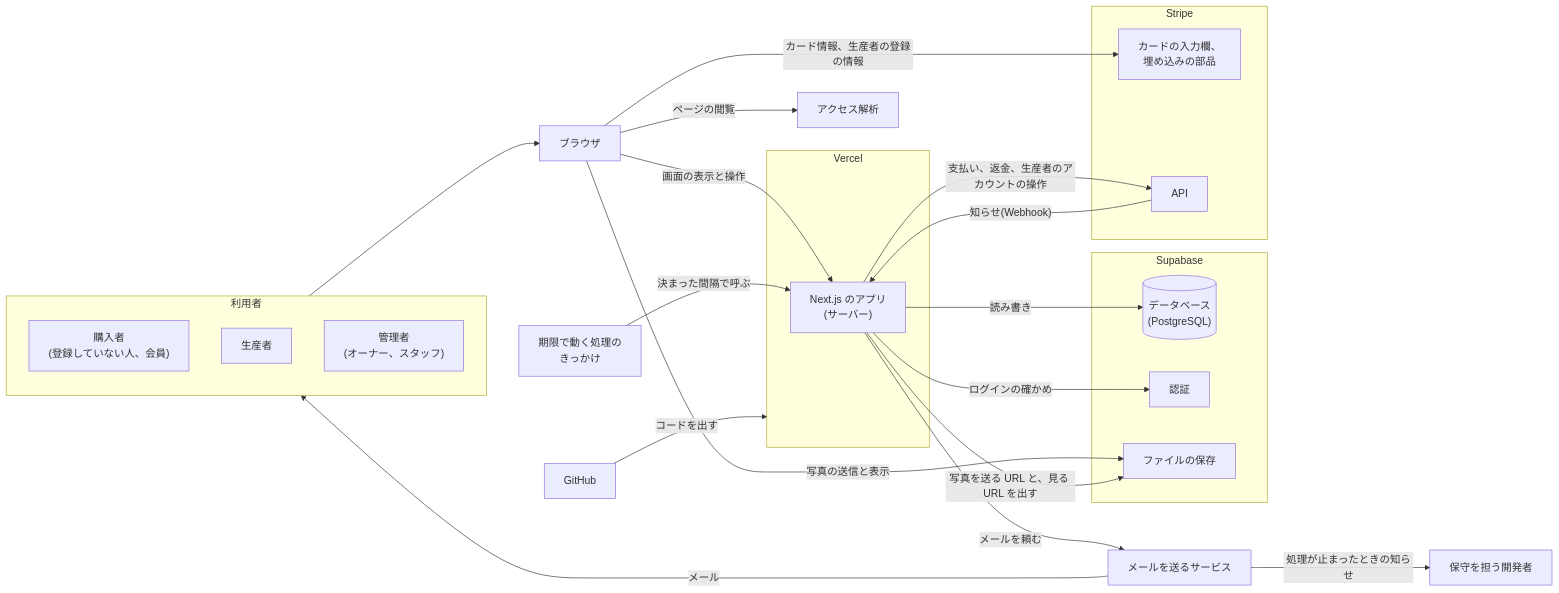
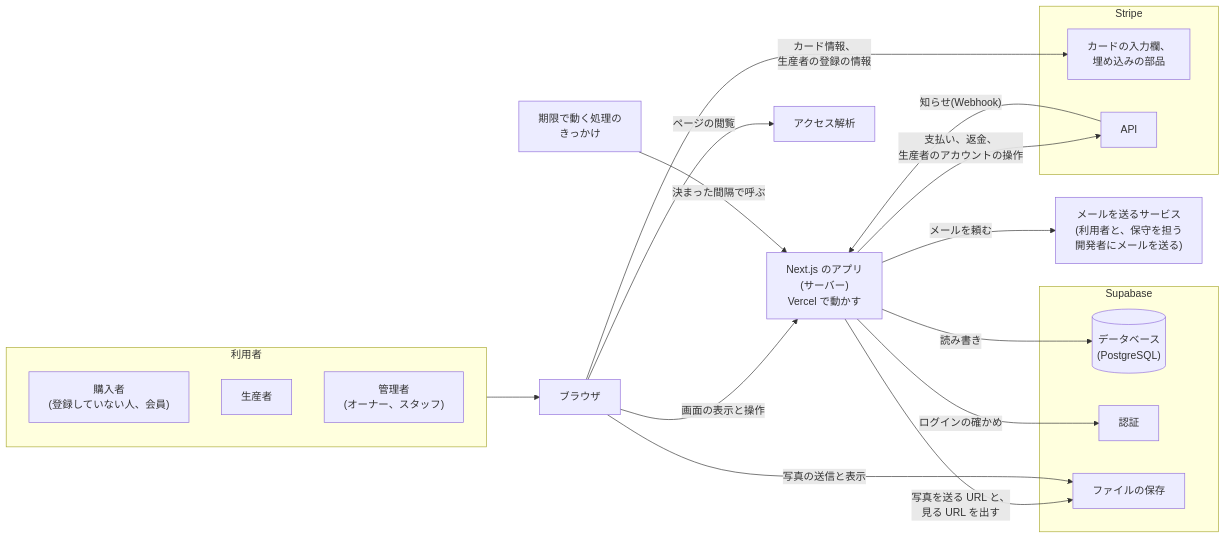
The first of 6 diagrams in docs/02-basic-design.md (tenkunomori-emu/emu-farm-ec), drawn with Mermaid before and after one commit. The commit also changed other lines of this file, not shown here.

Commit message:
docs: 基本設計書のシステム構成図を、左から右へ読める配置に直す

````diff
--- a/docs/02-basic-design.md
+++ b/docs/02-basic-design.md
@@ -27,42 +27,36 @@
 ```mermaid
 flowchart LR
     subgraph USERS["利用者"]
+        direction TB
         BUYER["購入者<br/>(登録していない人、会員)"]
         PRODUCER["生産者"]
         ADMIN["管理者<br/>(オーナー、スタッフ)"]
     end
     BROWSER["ブラウザ"]
-    subgraph VERCEL["Vercel"]
-        APP["Next.js のアプリ<br/>(サーバー)"]
+    TIMER["期限で動く処理の<br/>きっかけ"]
+    APP["Next.js のアプリ<br/>(サーバー)<br/>Vercel で動かす"]
+    subgraph STRIPE["Stripe"]
+        STRIPE_UI["カードの入力欄、<br/>埋め込みの部品"]
+        STRIPE_API["API"]
     end
+    MAIL["メールを送るサービス<br/>(利用者と、保守を担う<br/>開発者にメールを送る)"]
     subgraph SUPABASE["Supabase"]
         DB[("データベース<br/>(PostgreSQL)")]
         AUTH["認証"]
         STORAGE["ファイルの保存"]
     end
-    subgraph STRIPE["Stripe"]
-        STRIPE_UI["カードの入力欄、<br/>埋め込みの部品"]
-        STRIPE_API["API"]
-    end
-    MAIL["メールを送るサービス"]
     ANALYTICS["アクセス解析"]
-    TIMER["期限で動く処理の<br/>きっかけ"]
-    DEV["保守を担う開発者"]
-    GITHUB["GitHub"]
 
     USERS --> BROWSER
     BROWSER -- "画面の表示と操作" --> APP
-    BROWSER -- "カード情報、生産者の登録の情報" --> STRIPE_UI
+    TIMER -- "決まった間隔で呼ぶ" --> APP
+    APP -- "支払い、返金、<br/>生産者のアカウントの操作" --> STRIPE_API
+    STRIPE_API -- "知らせ(Webhook)" --> APP
+    APP -- "メールを頼む" --> MAIL
+    APP -- "読み書き" --> DB
+    APP -- "ログインの確かめ" --> AUTH
+    APP -- "写真を送る URL と、<br/>見る URL を出す" --> STORAGE
+    BROWSER -- "カード情報、<br/>生産者の登録の情報" --> STRIPE_UI
     BROWSER -- "写真の送信と表示" --> STORAGE
     BROWSER -- "ページの閲覧" --> ANALYTICS
-    APP -- "読み書き" --> DB
-    APP -- "ログインの確かめ" --> AUTH
-    APP -- "写真を送る URL と、見る URL を出す" --> STORAGE
-    APP -- "支払い、返金、生産者のアカウントの操作" --> STRIPE_API
-    STRIPE_API -- "知らせ(Webhook)" --> APP
-    APP -- "メールを頼む" --> MAIL
-    MAIL -- "メール" --> USERS
-    MAIL -- "処理が止まったときの知らせ" --> DEV
-    TIMER -- "決まった間隔で呼ぶ" --> APP
-    GITHUB -- "コードを出す" --> VERCEL
 ```
````
